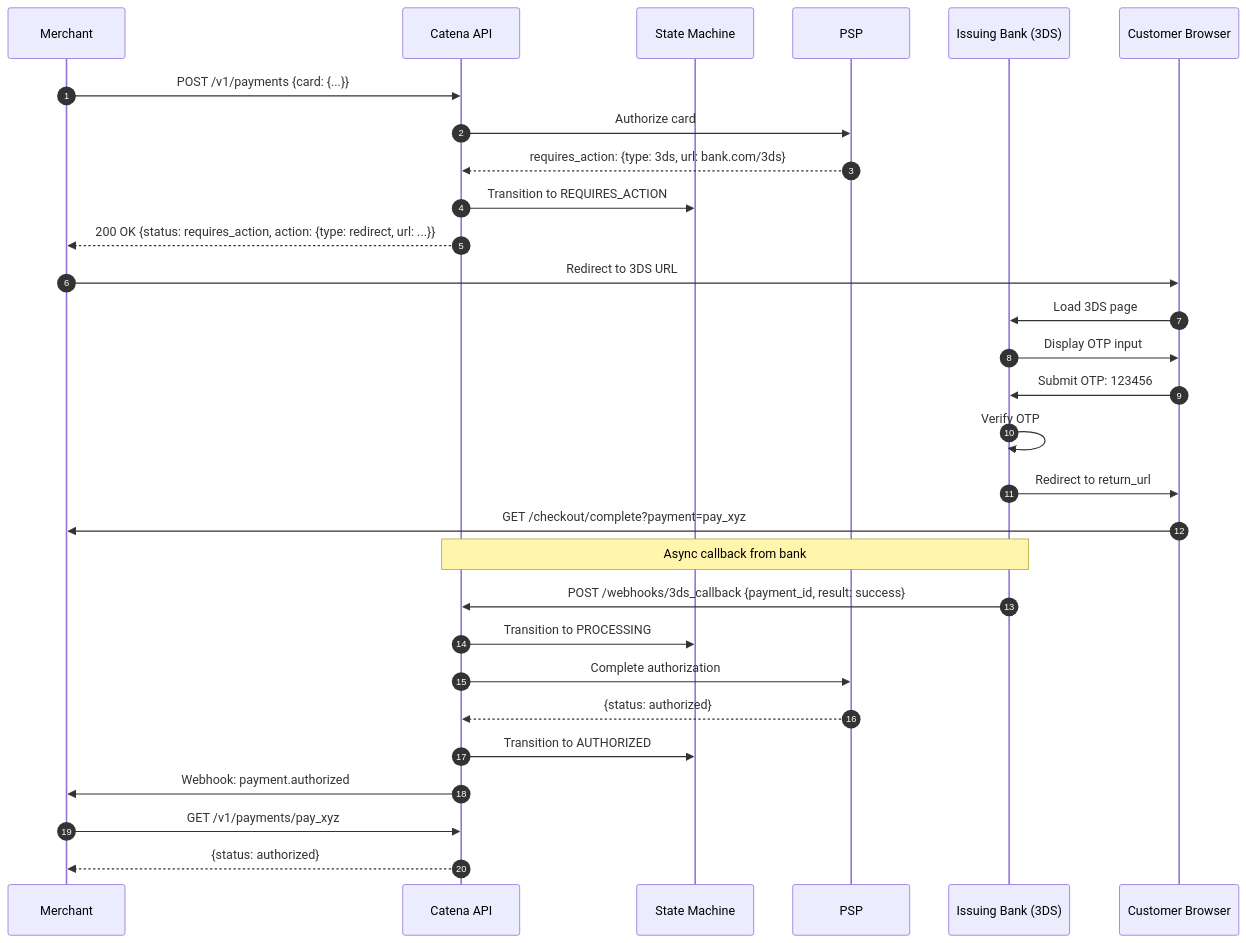
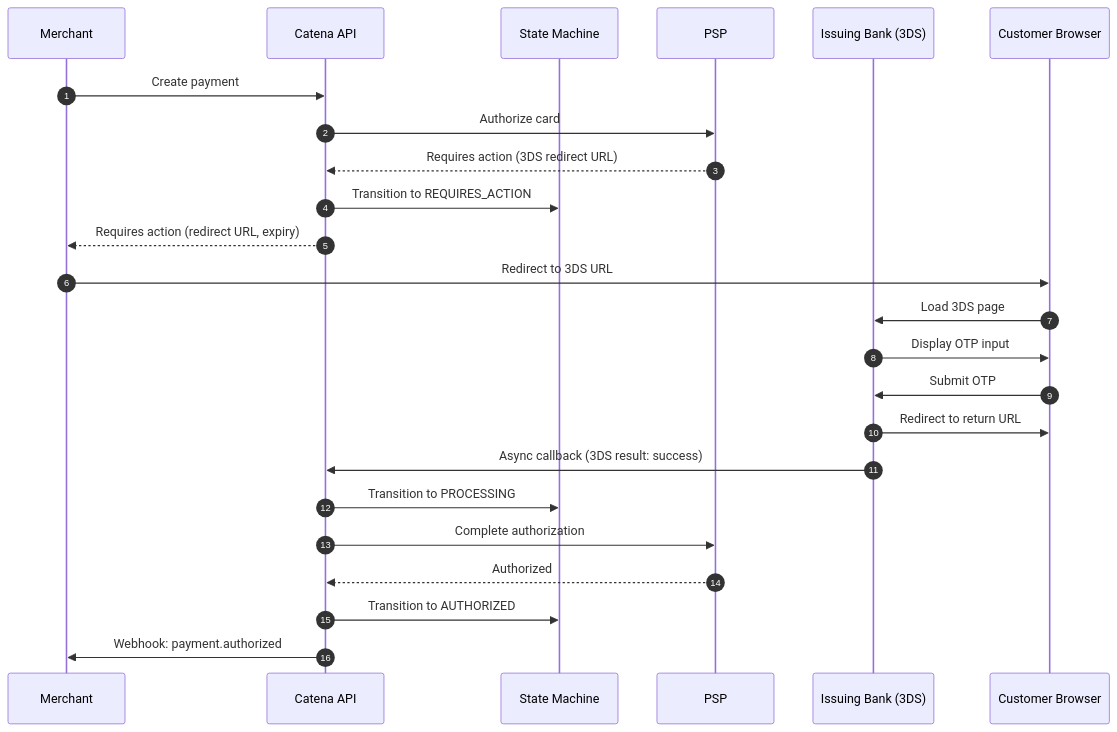
The sixth of 15 diagrams in PRD.md (ashishthakur913/catenadocs), drawn with Mermaid before and after one commit. The commit also changed other lines of this file and 1 other file, not shown here.

````diff
--- a/PRD.md
+++ b/PRD.md
@@ -830,35 +602,29 @@
 ```mermaid
 sequenceDiagram
     autonumber
     participant M as Merchant
     participant C as Catena API
     participant S as State Machine
     participant P as PSP
     participant B as Issuing Bank (3DS)
     participant U as Customer Browser
     
-    M->>C: POST /v1/payments {card: {...}}
+    M->>C: Create payment
     C->>P: Authorize card
-    P-->>C: requires_action: {type: 3ds, url: bank.com/3ds}
+    P-->>C: Requires action (3DS redirect URL)
     C->>S: Transition to REQUIRES_ACTION
-    C-->>M: 200 OK {status: requires_action, action: {type: redirect, url: ...}}
+    C-->>M: Requires action (redirect URL, expiry)
     
     M->>U: Redirect to 3DS URL
     U->>B: Load 3DS page
     B->>U: Display OTP input
-    U->>B: Submit OTP: 123456
-    B->>B: Verify OTP
-    B->>U: Redirect to return_url
-    U->>M: GET /checkout/complete?payment=pay_xyz
+    U->>B: Submit OTP
+    B->>U: Redirect to return URL
     
-    Note over B,C: Async callback from bank
-    B->>C: POST /webhooks/3ds_callback {payment_id, result: success}
+    B->>C: Async callback (3DS result: success)
     C->>S: Transition to PROCESSING
     C->>P: Complete authorization
-    P-->>C: {status: authorized}
+    P-->>C: Authorized
     C->>S: Transition to AUTHORIZED
     C->>M: Webhook: payment.authorized
-    
-    M->>C: GET /v1/payments/pay_xyz
-    C-->>M: {status: authorized}
 ```
````
